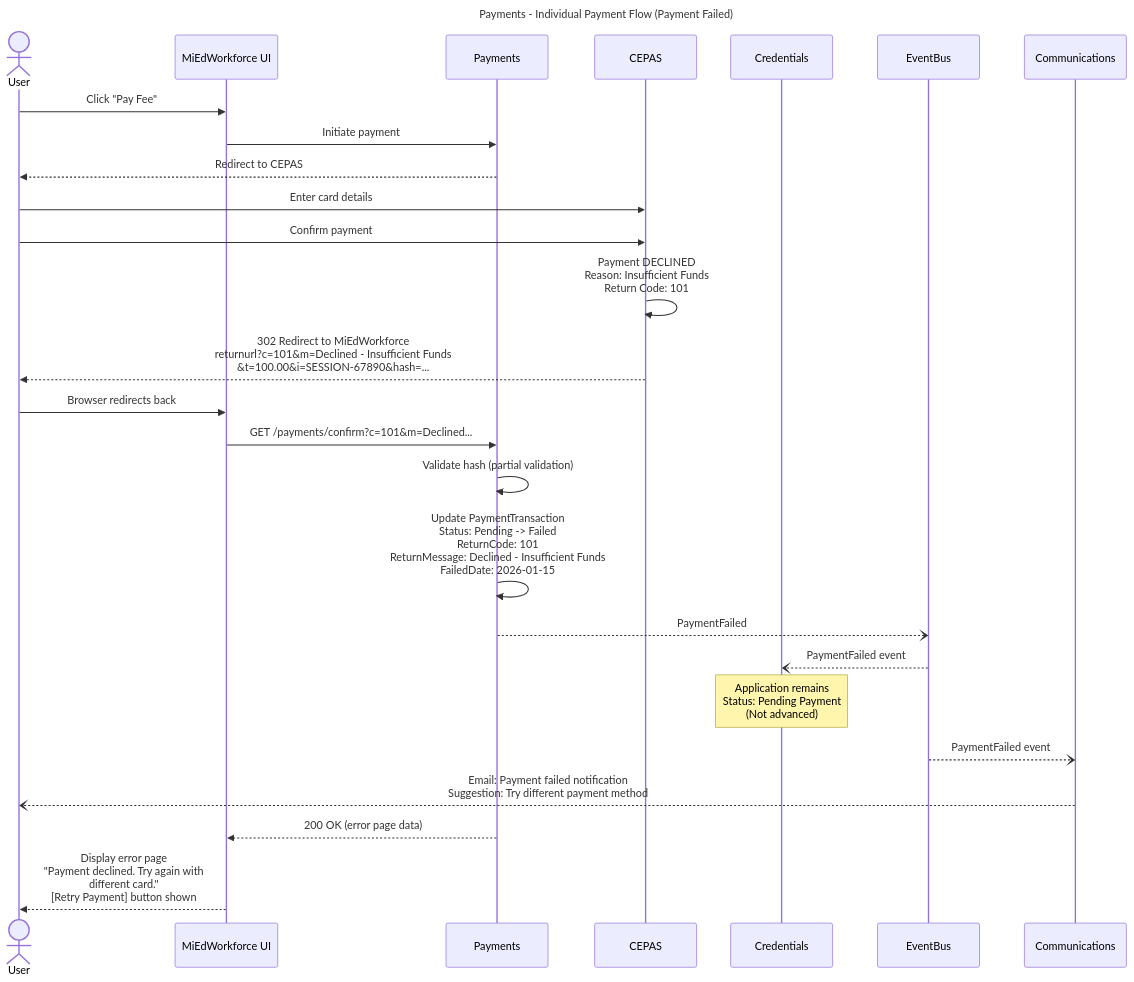
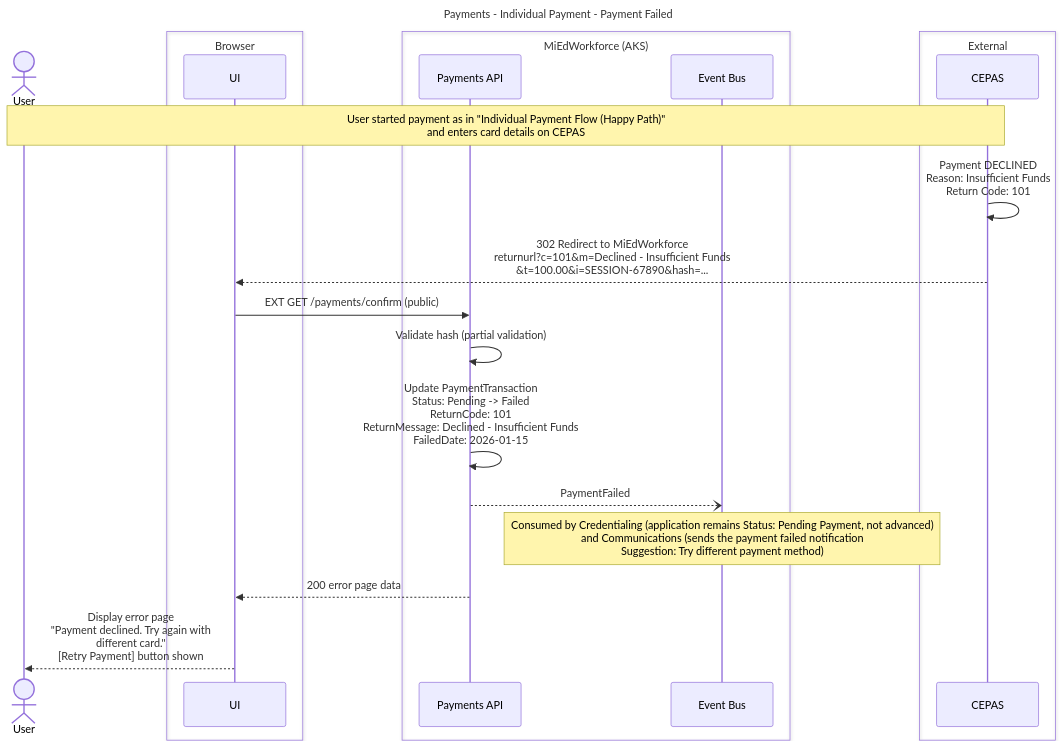
The third of 11 diagrams in working-docs/solution-areas/payments/payments-sequences.md (mnichols-dl/mied-design), drawn with Mermaid before and after one commit. The commit also changed other lines of this file and 34 other files, not shown here.

Commit message:
Update sequences and perform RTM assessment

````diff
--- a/working-docs/solution-areas/payments/payments-sequences.md
+++ b/working-docs/solution-areas/payments/payments-sequences.md
@@ -176,41 +157,34 @@
 ```mermaid
 ---
-title: Payments - Individual Payment Flow (Payment Failed)
+title: Payments - Individual Payment - Payment Failed
 ---
 sequenceDiagram
     actor User
-    participant UI as MiEdWorkforce UI
-    participant Payments
-    participant CEPAS
-    participant Credentials
-    participant EventBus
-    participant Comms as Communications
-    
-    User->>UI: Click "Pay Fee"
-    UI->>Payments: Initiate payment
-    Payments-->>User: Redirect to CEPAS
-    
-    User->>CEPAS: Enter card details
-    User->>CEPAS: Confirm payment
-    
+    box Browser
+        participant UI
+    end
+    box MiEdWorkforce (AKS)
+        participant PayApi as Payments API
+        participant EventBus as Event Bus
+    end
+    box External
+        participant CEPAS
+    end
+
+    Note over User,CEPAS: User started payment as in "Individual Payment Flow (Happy Path)"<br/>and enters card details on CEPAS
+
     CEPAS->>CEPAS: Payment DECLINED<br/>Reason: Insufficient Funds<br/>Return Code: 101
-    
-    CEPAS-->>User: 302 Redirect to MiEdWorkforce<br/>returnurl?c=101&m=Declined - Insufficient Funds<br/>&t=100.00&i=SESSION-67890&hash=...
-    
-    User->>UI: Browser redirects back
-    UI->>Payments: GET /payments/confirm?c=101&m=Declined...
-    
-    Payments->>Payments: Validate hash (partial validation)
-    Payments->>Payments: Update PaymentTransaction<br/>Status: Pending -> Failed<br/>ReturnCode: 101<br/>ReturnMessage: Declined - Insufficient Funds<br/>FailedDate: 2026-01-15
-    
-    Payments--)EventBus: PaymentFailed
-    EventBus--)Credentials: PaymentFailed event
-    
-    Note over Credentials: Application remains<br/>Status: Pending Payment<br/>(Not advanced)
-    
-    EventBus--)Comms: PaymentFailed event
-    Comms--)User: Email: Payment failed notification<br/>Suggestion: Try different payment method
-    
-    Payments-->>UI: 200 OK (error page data)
+
+    CEPAS-->>UI: 302 Redirect to MiEdWorkforce<br/>returnurl?c=101&m=Declined - Insufficient Funds<br/>&t=100.00&i=SESSION-67890&hash=...
+
+    UI->>PayApi: EXT GET /payments/confirm (public)
+
+    PayApi->>PayApi: Validate hash (partial validation)
+    PayApi->>PayApi: Update PaymentTransaction<br/>Status: Pending -> Failed<br/>ReturnCode: 101<br/>ReturnMessage: Declined - Insufficient Funds<br/>FailedDate: 2026-01-15
+
+    PayApi--)EventBus: PaymentFailed
+    Note over EventBus: Consumed by Credentialing (application remains Status: Pending Payment, not advanced)<br/>and Communications (sends the payment failed notification<br/>Suggestion: Try different payment method)
+
+    PayApi-->>UI: 200 error page data
     UI-->>User: Display error page<br/>"Payment declined. Try again with<br/>different card."<br/>[Retry Payment] button shown
 ```
````
